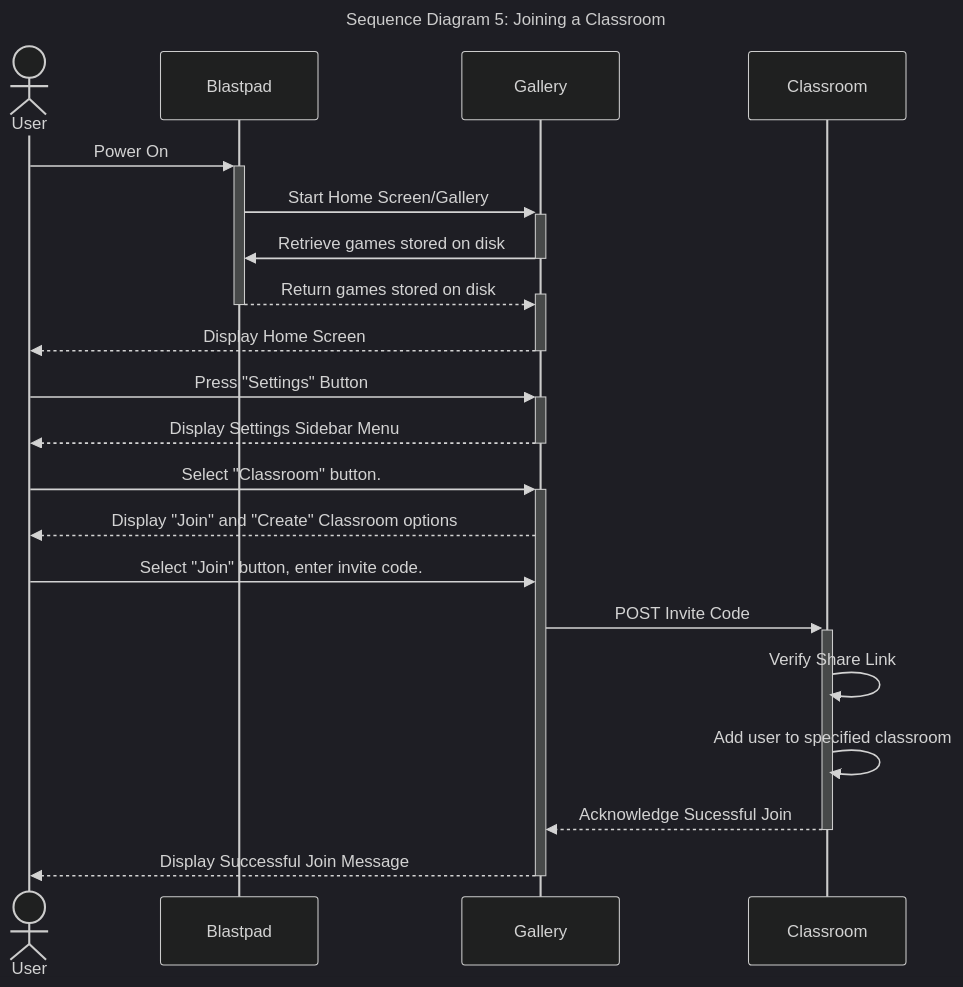
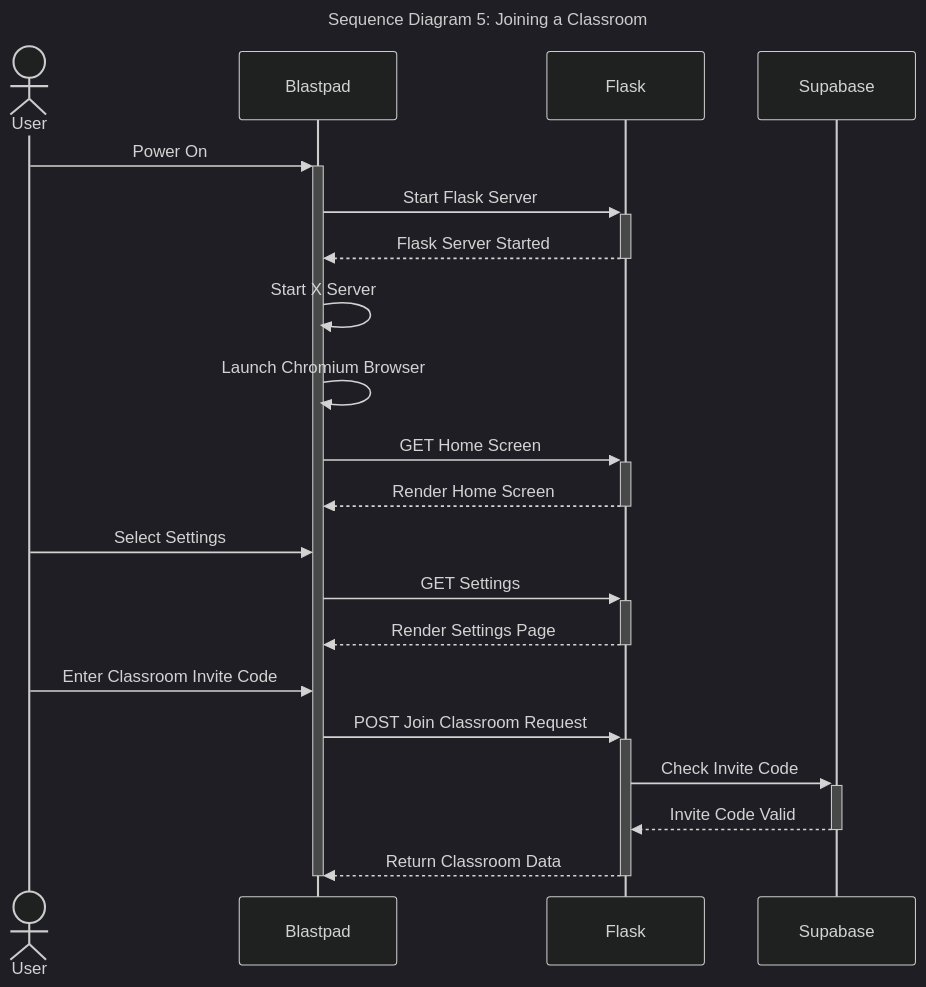
One commit to Capstone-Projects-2024-Spring/project-blastpad changed the fifth of 11 diagrams in documentation/docs/system-architecture/sequence-diagrams.md. Above: the diagram before and after it, drawn with Mermaid (dark theme). The commit also changed other lines of this file and 3 other files, not shown here.

Commit message:
Use Case Seq Diagrams

````diff
--- a/documentation/docs/system-architecture/sequence-diagrams.md
+++ b/documentation/docs/system-architecture/sequence-diagrams.md
@@ -171,27 +170,30 @@
 ```mermaid
 ---
 title: "Sequence Diagram 5: Joining a Classroom"
 ---
 sequenceDiagram
 actor User
 User->>+Blastpad: Power On
-Blastpad->>+Gallery: Start Home Screen/Gallery
-Gallery->>-Blastpad: Retrieve games stored on disk
-Blastpad-->>+Gallery: Return games stored on disk
-deactivate Blastpad	
-Gallery-->>-User: Display Home Screen
+Blastpad->>+Flask: Start Flask Server
+Flask-->>-Blastpad: Flask Server Started
+Blastpad->>Blastpad: Start X Server
+Blastpad->>Blastpad: Launch Chromium Browser
 
 
-User->>+Gallery: Press "Settings" Button
-Gallery-->>-User: Display Settings Sidebar Menu
-User->>+Gallery: Select "Classroom" button.
-Gallery-->>User: Display "Join" and "Create" Classroom options
-User->>Gallery: Select "Join" button, enter invite code.
+Blastpad->>+Flask: GET Home Screen
+Flask-->>-Blastpad: Render Home Screen
 
-Gallery->>+Classroom: POST Invite Code
-Classroom->>Classroom: Verify Share Link
-Classroom->>Classroom: Add user to specified classroom
-Classroom-->>-Gallery: Acknowledge Sucessful Join
-Gallery-->>-User: Display Successful Join Message
+User->>Blastpad: Select Settings
+Blastpad->>+Flask: GET Settings
+Flask-->>-Blastpad: Render Settings Page
 
+
+User->>Blastpad: Enter Classroom Invite Code
+Blastpad->>+Flask: POST Join Classroom Request
+Flask->>+Supabase: Check Invite Code
+Supabase-->>-Flask: Invite Code Valid
+Flask-->>-Blastpad: Return Classroom Data
+
+
+deactivate Blastpad
 ```
````
